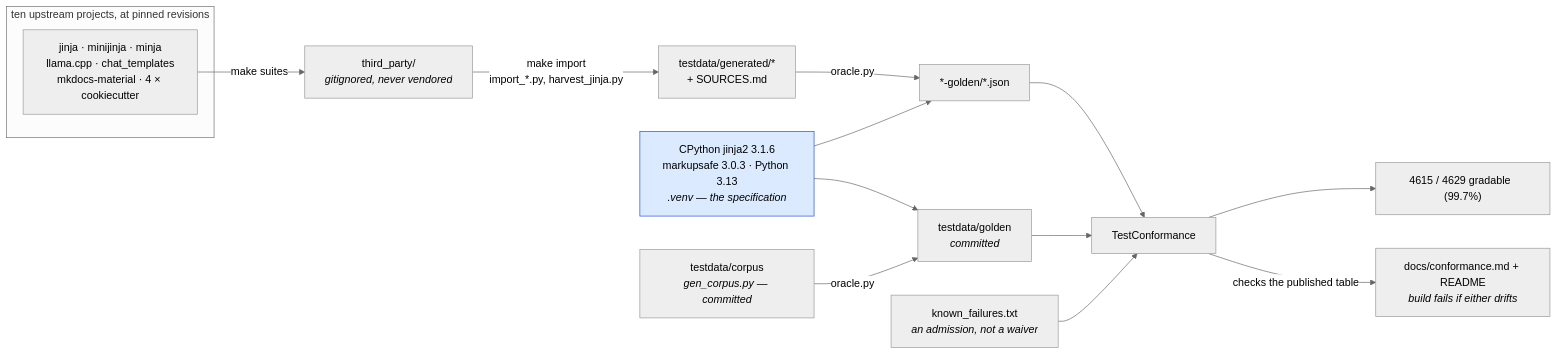
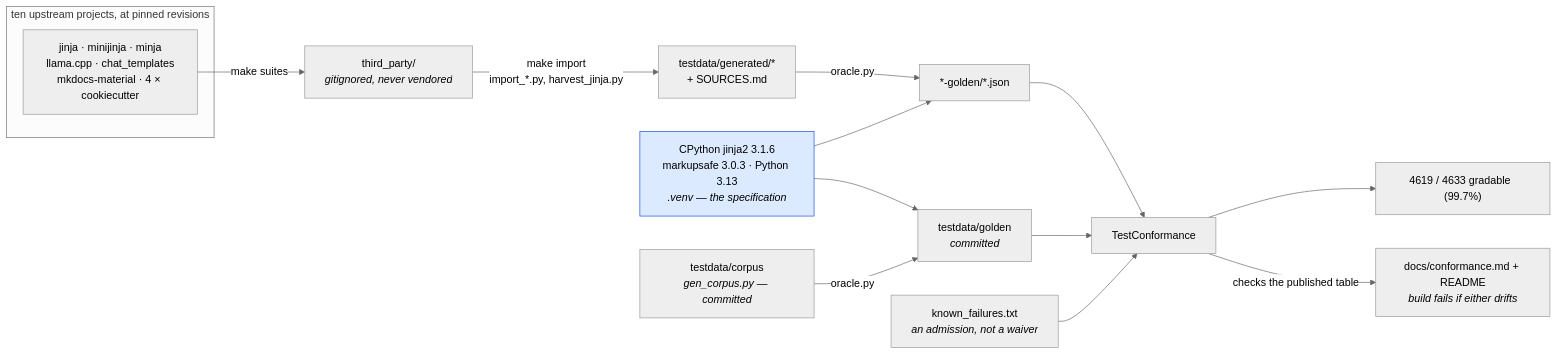
Before and after one commit to mgilbir/gojja2: the first of 2 diagrams in docs/conformance.md, drawn with Mermaid (neutral theme). The commit also changed other lines of this file and 16 other files, not shown here.

````diff
--- a/docs/conformance.md
+++ b/docs/conformance.md
@@ -17,24 +17,24 @@
 ```mermaid
 flowchart LR
     subgraph up["ten upstream projects, at pinned revisions"]
         U1["jinja · minijinja · minja<br/>llama.cpp · chat_templates<br/>mkdocs-material · 4 × cookiecutter"]
     end
     U1 -->|"make suites"| TP["third_party/<br/><i>gitignored, never vendored</i>"]
     TP -->|"make import<br/>import_*.py, harvest_jinja.py"| GEN["testdata/generated/*<br/>+ SOURCES.md"]
 
     ORA["CPython jinja2 3.1.6<br/>markupsafe 3.0.3 · Python 3.13<br/><i>.venv — the specification</i>"]
     GEN -->|"oracle.py"| G2["*-golden/*.json"]
     ORA --> G2
 
     OWN["testdata/corpus<br/><i>gen_corpus.py — committed</i>"] -->|"oracle.py"| G1["testdata/golden<br/><i>committed</i>"]
     ORA --> G1
 
     G1 --> TC["TestConformance"]
     G2 --> TC
     KF["known_failures.txt<br/><i>an admission, not a waiver</i>"] --> TC
-    TC --> RATE["4615 / 4629 gradable  (99.7%)"]
+    TC --> RATE["4619 / 4633 gradable  (99.7%)"]
     TC -->|"checks the published table"| RM["docs/conformance.md + README<br/><i>build fails if either drifts</i>"]
 
     classDef spec fill:#dbeafe,stroke:#1d4ed8,color:#000
     class ORA spec
 ```
````
